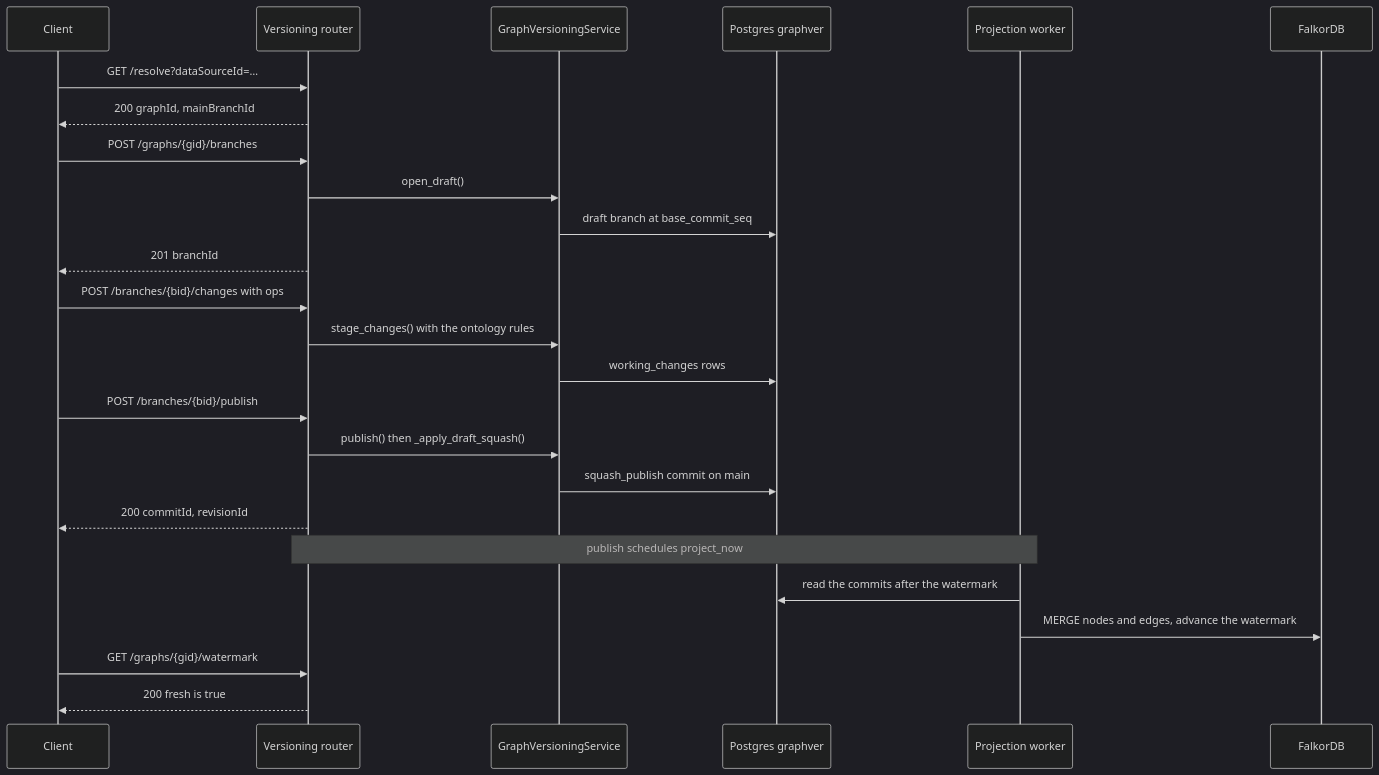
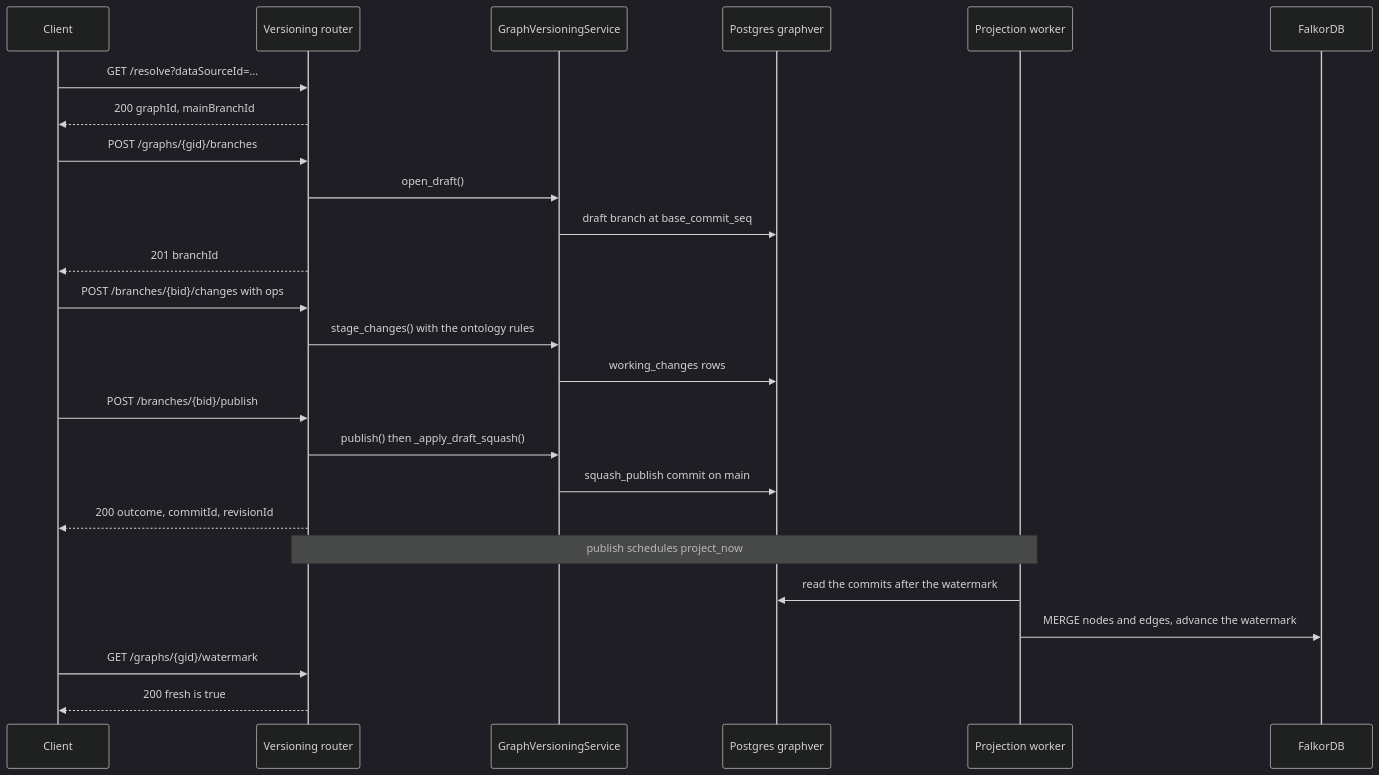
Before and after one commit to rkrumins/dataviz: the diagram in docs/versioning/06-api-reference.md, drawn with Mermaid (dark theme). The commit also changed other lines of this file and 27 other files, not shown here.

````diff
--- a/docs/versioning/06-api-reference.md
+++ b/docs/versioning/06-api-reference.md
@@ -515,28 +515,28 @@
 ```mermaid
 sequenceDiagram
     participant C as Client
     participant V as Versioning router
     participant S as GraphVersioningService
     participant PG as Postgres graphver
     participant W as Projection worker
     participant F as FalkorDB
 
     C->>V: GET /resolve?dataSourceId=…
     V-->>C: 200 graphId, mainBranchId
     C->>V: POST /graphs/{gid}/branches
     V->>S: open_draft()
     S->>PG: draft branch at base_commit_seq
     V-->>C: 201 branchId
     C->>V: POST /branches/{bid}/changes with ops
     V->>S: stage_changes() with the ontology rules
     S->>PG: working_changes rows
     C->>V: POST /branches/{bid}/publish
     V->>S: publish() then _apply_draft_squash()
     S->>PG: squash_publish commit on main
-    V-->>C: 200 commitId, revisionId
+    V-->>C: 200 outcome, commitId, revisionId
     Note over V,W: publish schedules project_now
     W->>PG: read the commits after the watermark
     W->>F: MERGE nodes and edges, advance the watermark
     C->>V: GET /graphs/{gid}/watermark
     V-->>C: 200 fresh is true
 ```
````
